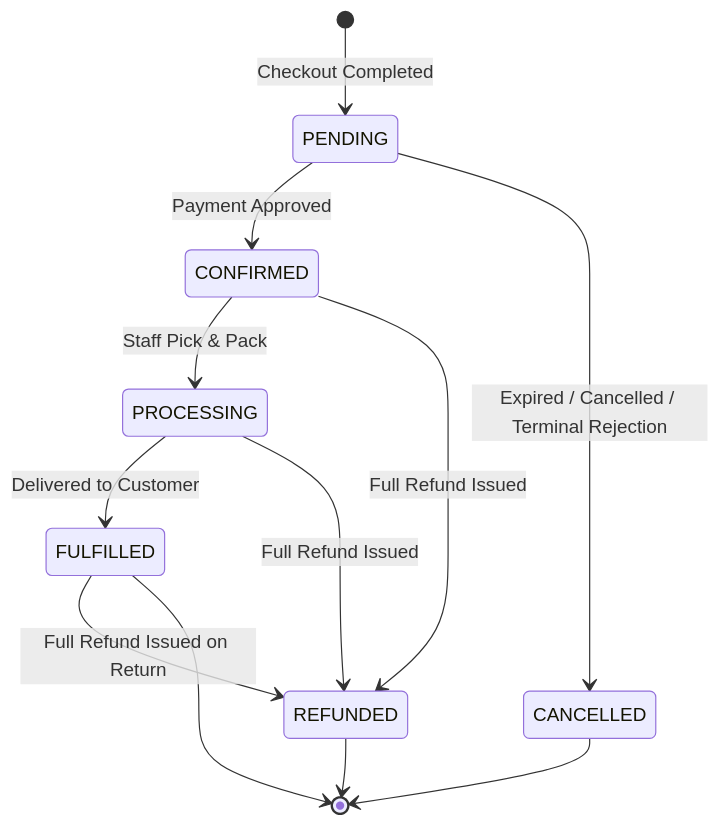
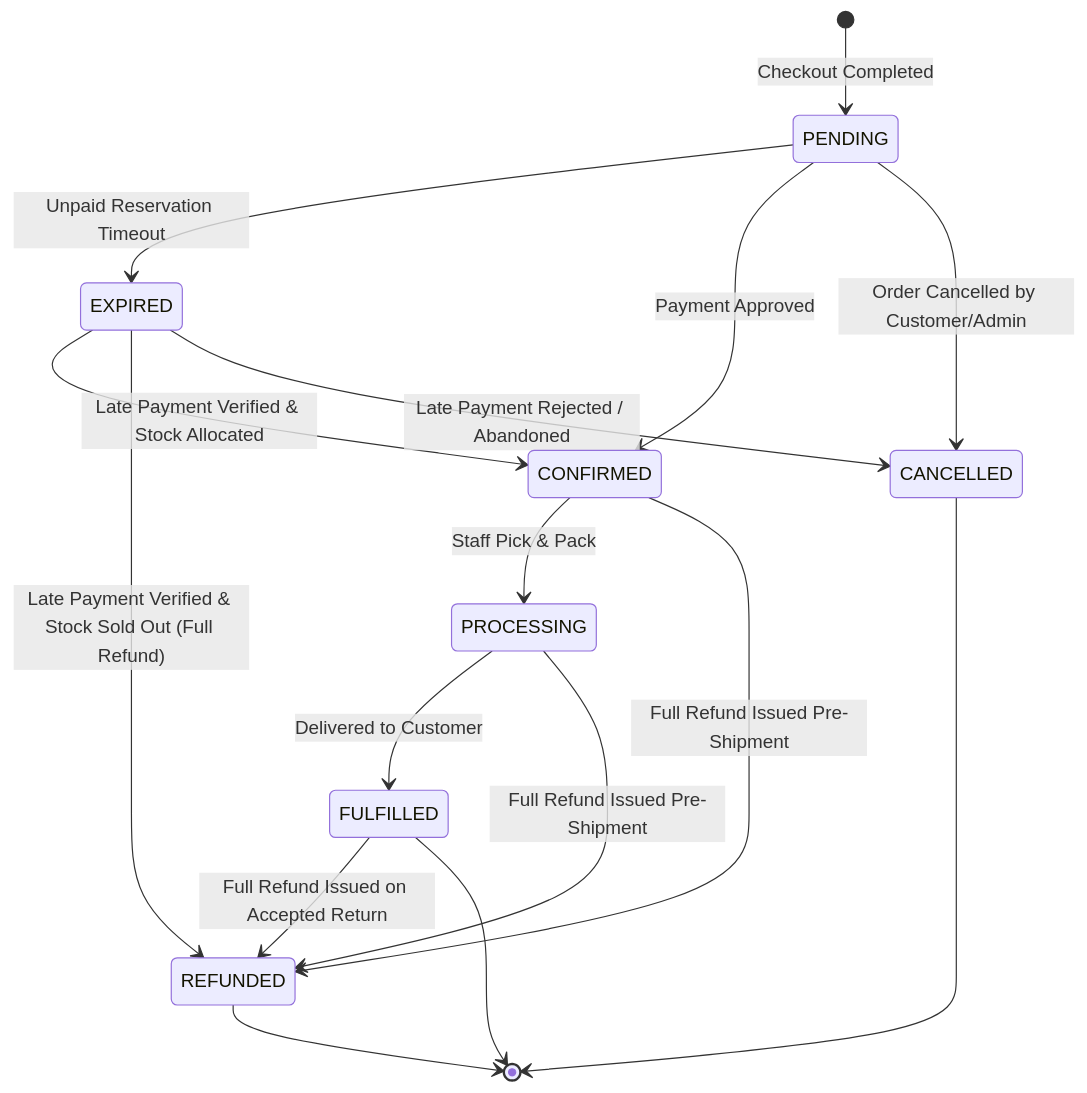
Before and after one commit to SaeBryxn/GamerPeru-Vercel: the fifth of 15 diagrams in docs/architecture/COMMERCE_DOMAIN_MODEL.md, drawn with Mermaid. The commit also changed other lines of this file, not shown here.

````diff
--- a/docs/architecture/COMMERCE_DOMAIN_MODEL.md
+++ b/docs/architecture/COMMERCE_DOMAIN_MODEL.md
@@ -1168,14 +1203,18 @@
 ```mermaid
 stateDiagram-v2
     [*] --> PENDING: Checkout Completed
+    PENDING --> EXPIRED: Unpaid Reservation Timeout
     PENDING --> CONFIRMED: Payment Approved
-    PENDING --> CANCELLED: Expired / Cancelled / Terminal Rejection
+    PENDING --> CANCELLED: Order Cancelled by Customer/Admin
+    EXPIRED --> CONFIRMED: Late Payment Verified & Stock Allocated
+    EXPIRED --> REFUNDED: Late Payment Verified & Stock Sold Out (Full Refund)
+    EXPIRED --> CANCELLED: Late Payment Rejected / Abandoned
     CONFIRMED --> PROCESSING: Staff Pick & Pack
     PROCESSING --> FULFILLED: Delivered to Customer
-    CONFIRMED --> REFUNDED: Full Refund Issued
-    PROCESSING --> REFUNDED: Full Refund Issued
-    FULFILLED --> REFUNDED: Full Refund Issued on Return
+    CONFIRMED --> REFUNDED: Full Refund Issued Pre-Shipment
+    PROCESSING --> REFUNDED: Full Refund Issued Pre-Shipment
+    FULFILLED --> REFUNDED: Full Refund Issued on Accepted Return
     FULFILLED --> [*]
     CANCELLED --> [*]
     REFUNDED --> [*]
 ```
````
